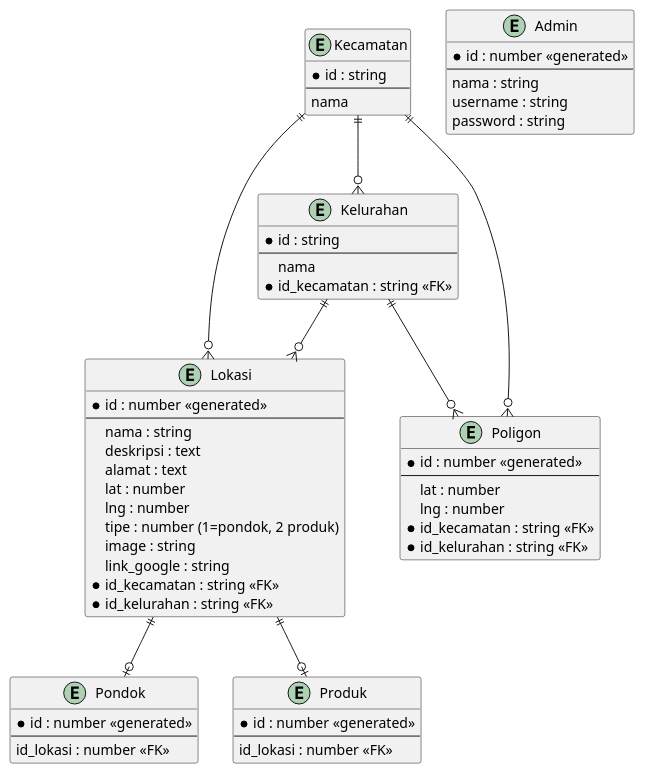
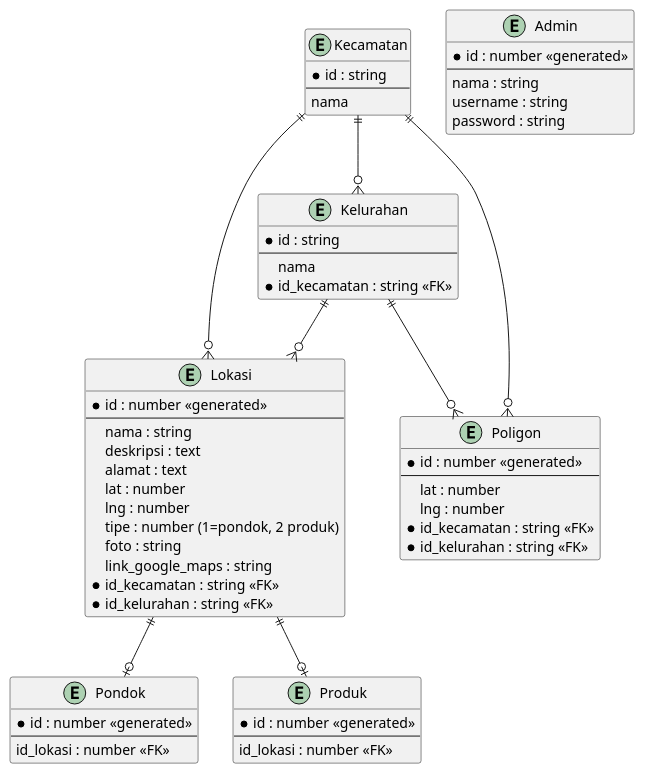
One commit to Rizki36/be-intipin changed the diagram in intipin.puml. Above: the diagram before and after it, drawn with PlantUML.

Commit message:
refactor: change image to foto and link_google to link_google_maps

```diff
--- a/intipin.puml
+++ b/intipin.puml
@@ -1,69 +1,69 @@
 @startuml initipin
 
 entity Lokasi{
     * id : number <<generated>>
     ---
     nama : string
     deskripsi : text
     alamat : text
     lat : number
     lng : number
     tipe : number (1=pondok, 2 produk)
-    image : string
-    link_google : string
+    foto : string
+    link_google_maps : string
     * id_kecamatan : string <<FK>>
     * id_kelurahan : string <<FK>>
 }
 
 entity Pondok{
     * id : number <<generated>>
     ---
     id_lokasi : number <<FK>>
 }
 
 entity Produk{
     * id : number <<generated>>
     ---
     id_lokasi : number <<FK>>
 }
 
 entity Kecamatan{
     * id : string
     ---
     nama
 }
 
 entity Kelurahan{
     * id : string
     ---
     nama
     * id_kecamatan : string <<FK>>
 }
 
 entity Poligon{
     * id : number <<generated>>
     ---
     lat : number
     lng : number
     * id_kecamatan : string <<FK>>
     * id_kelurahan : string <<FK>>
 }
 
 entity Admin{
     * id : number <<generated>>
     ---
     nama : string
     username : string
     password : string
 }
 
 Lokasi ||--o| Pondok
 Lokasi ||--o| Produk
 Kecamatan ||--o{ Kelurahan
 Kecamatan ||--o{ Lokasi
 Kecamatan ||--o{ Poligon
 Kelurahan ||--o{ Lokasi
 Kelurahan ||--o{ Poligon
 
 
 @enduml
```
